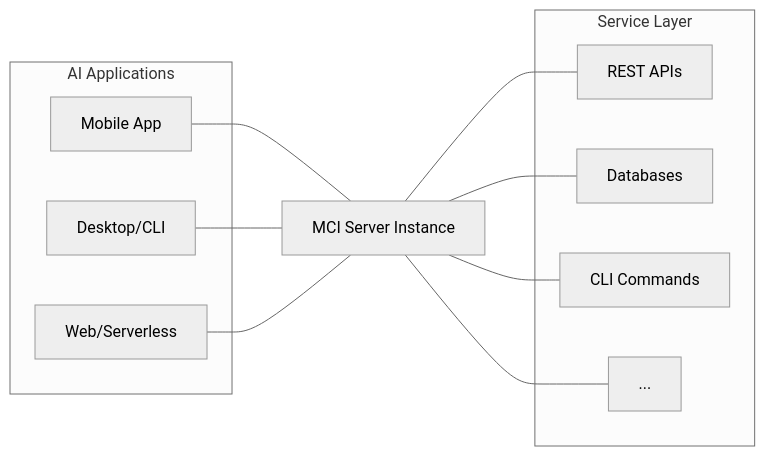
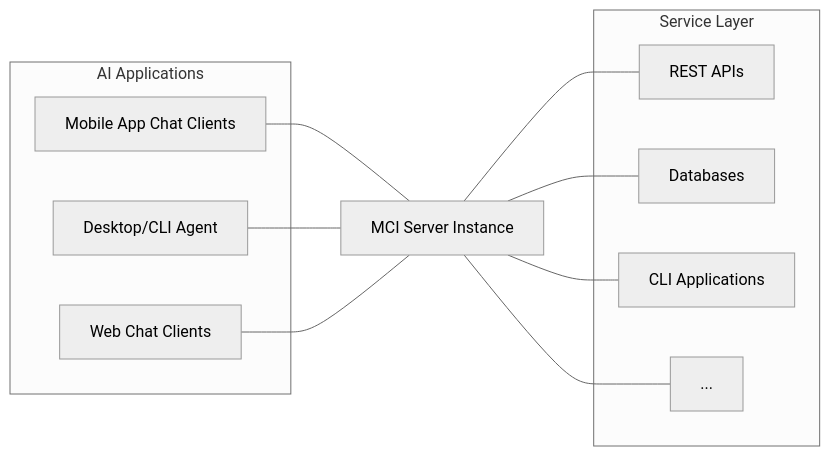
Before and after one commit to actelos/cyrnel: the first of 2 diagrams in docs/content/architecture.mdx, drawn with Mermaid (neutral theme). The commit also changed other lines of this file and 7 other files, not shown here.

First line of the commit message:
docs: update documentation for redesigned architecture

````diff
--- a/docs/content/architecture.mdx
+++ b/docs/content/architecture.mdx
@@ -17,26 +12,26 @@
 ```mermaid
 graph LR
     subgraph Clients [AI Applications]
-        C1[Mobile App]
-        C2[Desktop/CLI]
-        C3[Web/Serverless]
+        C1[Mobile App Chat Clients]
+        C2[Desktop/CLI Agent]
+        C3[Web Chat Clients]
     end
 
     MCI[MCI Server Instance]
 
     subgraph End_Servers [Service Layer]
         REST[REST APIs]
         DB[Databases]
-        CLI[CLI Commands]
+        CLI[CLI Applications]
         Other[...]
     end
 
     C1 --- MCI
     C2 --- MCI
     C3 --- MCI
 
     MCI --- REST
     MCI --- DB
     MCI --- CLI
     MCI --- Other
 ```
````
